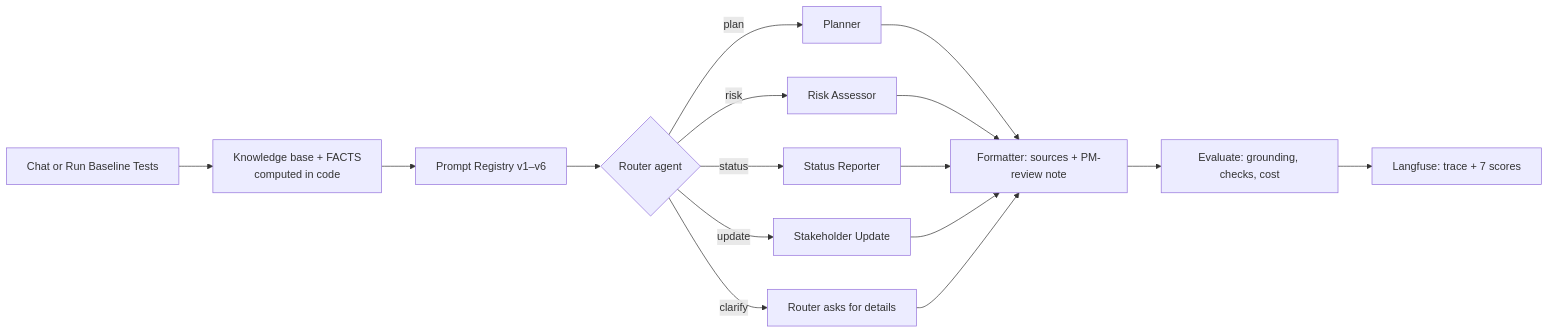
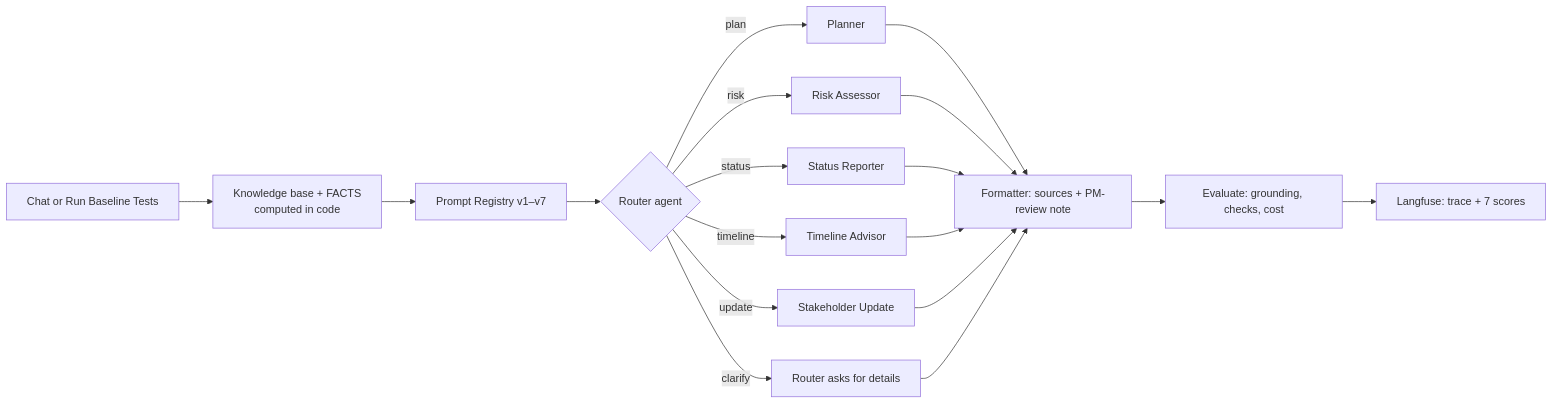
Before and after one commit to m-annam/mira-capstone: the diagram in docs/11-q2-build-writeup.md, drawn with Mermaid. The commit also changed other lines of this file and 44 other files, not shown here.

First line of the commit message:
Add Timeline Advisor agent (v7), weekly email, error handler, Langfuse prompts

````diff
--- a/docs/11-q2-build-writeup.md
+++ b/docs/11-q2-build-writeup.md
@@ -7,14 +7,15 @@
 ```mermaid
 flowchart LR
   U[Chat or Run Baseline Tests] --> K[Knowledge base + FACTS<br/>computed in code]
-  K --> P[Prompt Registry v1–v6]
+  K --> P[Prompt Registry v1–v7]
   P --> R{Router agent}
   R -->|plan| PL[Planner]
   R -->|risk| RA[Risk Assessor]
   R -->|status| SR[Status Reporter]
+  R -->|timeline| TA[Timeline Advisor]
   R -->|update| SU[Stakeholder Update]
   R -->|clarify| C[Router asks for details]
-  PL & RA & SR & SU & C --> F[Formatter: sources + PM-review note]
+  PL & RA & SR & TA & SU & C --> F[Formatter: sources + PM-review note]
   F --> E[Evaluate: grounding, checks, cost]
   E --> L[Langfuse: trace + 7 scores]
 ```
````
